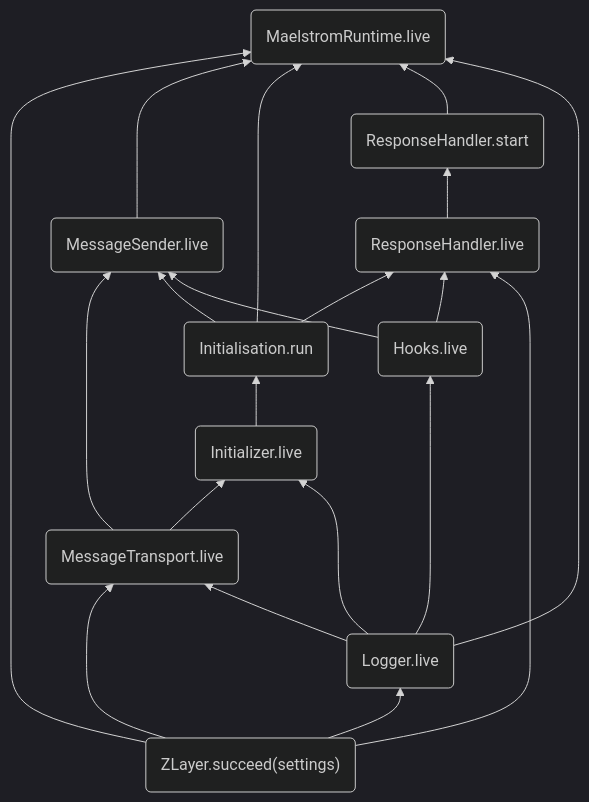
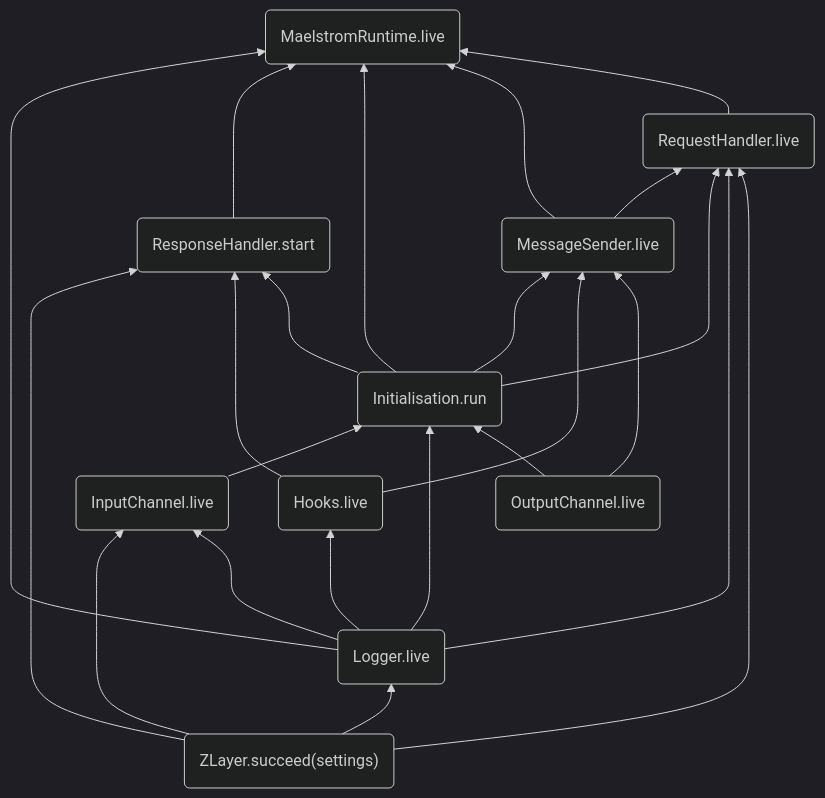
One commit to bilal-fazlani/zio-maelstrom changed the diagram in docs/library-design/index.md. Above: the diagram before and after it, drawn with Mermaid (dark theme). The commit also changed 6 other files, not shown here.

````diff
--- a/docs/library-design/index.md
+++ b/docs/library-design/index.md
@@ -52,31 +52,36 @@
 ```mermaid
 graph BT
-L2("Initializer.live") --> L1("Initialisation.run")
+L0("ZLayer.succeed(settings)") --> L1("Logger.live")
 
-L3("ZLayer.succeed(settings)") --> L4("Logger.live")
+L1 --> L2("Hooks.live")
 
-L3 --> L5("MessageTransport.live")
+L3("OutputChannel.live")
+
+L6 --> L5("RequestHandler.live")
 L4 --> L5
+L1 --> L5
+L0 --> L5
 
-L4 --> L6("Hooks.live")
+L4 ---> L6("MessageSender.live")
+L2 ----> L6
+L3 --> L6
 
-L1 --> L7("ResponseHandler.live")
-L6 --> L7
-L3 --> L7
+L8 --> L4
+L1 --> L4("Initialisation.run")
+L3 --> L4
 
-L5 --> L8("MessageSender.live")
-L1 --> L8
-L6 --> L8
 
-L5 --> L2
-L4 --> L2
+L0 --> L8("InputChannel.live")
+L1 ---> L8
 
-L7 --> L9("ResponseHandler.start")
+L0 --> L9("ResponseHandler.start")
+L2 --> L9
+L4 ---> L9
 
-L3 --> L10("MaelstromRuntime.live")
-L8 --> L10
-L1 --> L10
+
+L1 --> L10("MaelstromRuntime.live")
 L9 --> L10
 L4 --> L10
-
+L6 --> L10
+L5 --> L10
 ```
````
